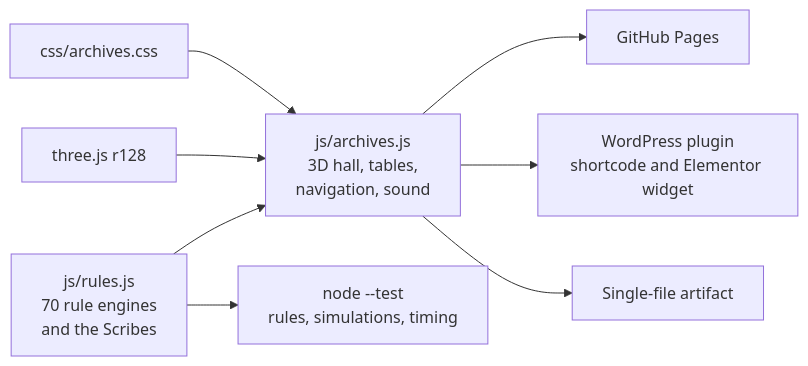
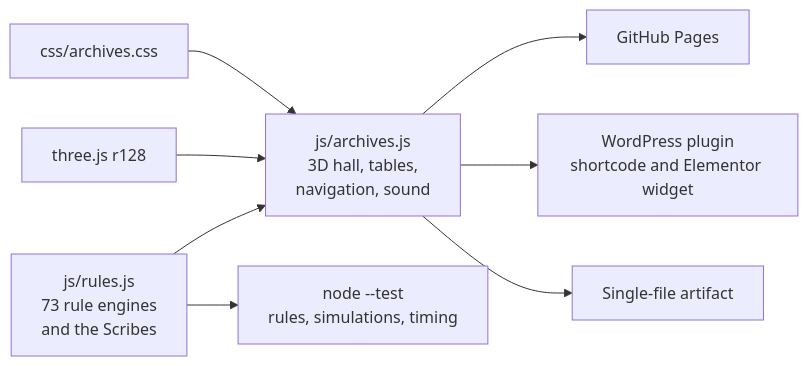
Before and after one commit to CptNope/Librarium-Archives: the second of 2 diagrams in README.md, drawn with Mermaid. The commit also changed other lines of this file and 40 other files, not shown here.

````diff
--- a/README.md
+++ b/README.md
@@ -41,10 +41,10 @@
 ```mermaid
 flowchart LR
-    rules["js/rules.js<br/>70 rule engines<br/>and the Scribes"] --> hall["js/archives.js<br/>3D hall, tables,<br/>navigation, sound"]
+    rules["js/rules.js<br/>73 rule engines<br/>and the Scribes"] --> hall["js/archives.js<br/>3D hall, tables,<br/>navigation, sound"]
     three["three.js r128"] --> hall
     css["css/archives.css"] --> hall
     hall --> site["GitHub Pages"]
     hall --> plugin["WordPress plugin<br/>shortcode and Elementor widget"]
     hall --> artifact["Single-file artifact"]
     rules --> tests["node --test<br/>rules, simulations, timing"]
 ```
````
